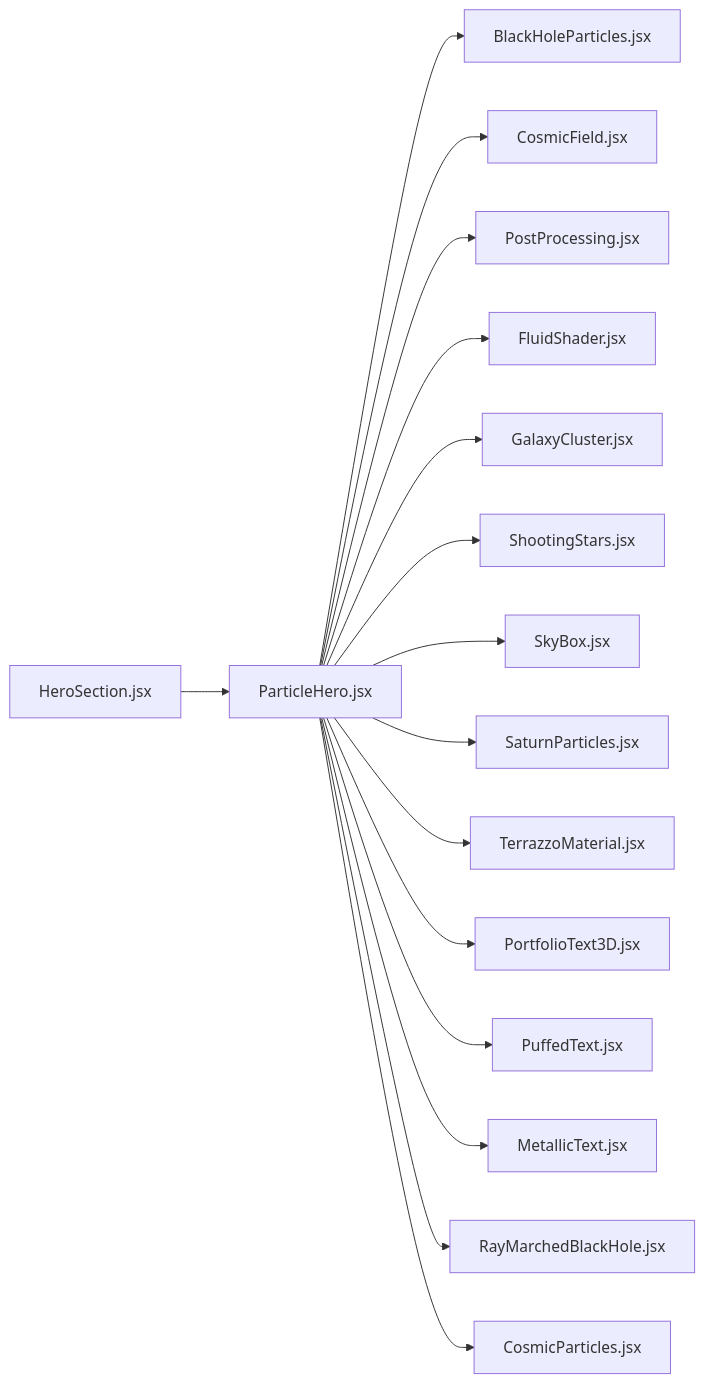
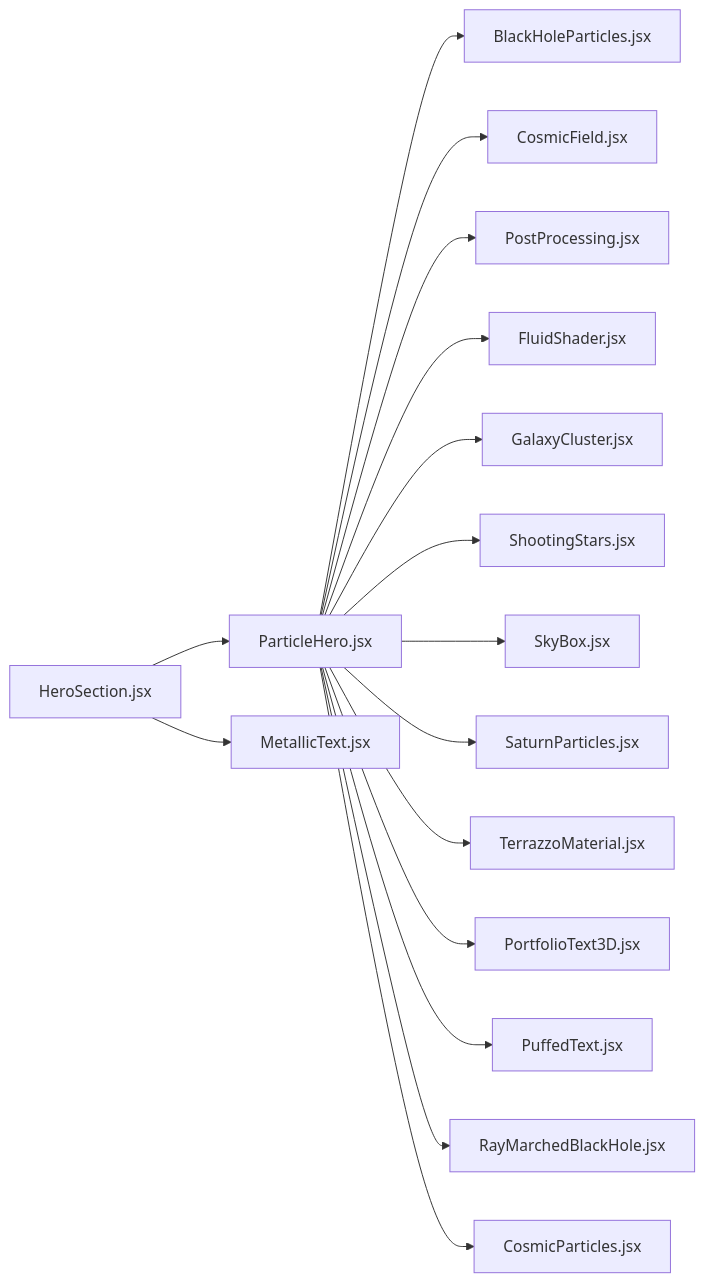
The fourth of 4 diagrams in .qoder/repowiki/zh/content/核心功能模块/英雄区域组件.md (lithos666/lithos666.github.io), drawn with Mermaid before and after one commit. The commit also changed other lines of this file and 30 other files, not shown here.

````diff
--- a/.qoder/repowiki/zh/content/核心功能模块/英雄区域组件.md
+++ b/.qoder/repowiki/zh/content/核心功能模块/英雄区域组件.md
@@ -295,18 +341,18 @@
 ```mermaid
 graph LR
 HS["HeroSection.jsx"] --> PH["ParticleHero.jsx"]
+HS --> MT["MetallicText.jsx"]
 PH --> BH["BlackHoleParticles.jsx"]
 PH --> CF["CosmicField.jsx"]
 PH --> PP["PostProcessing.jsx"]
 PH --> FS["FluidShader.jsx"]
 PH --> GC["GalaxyCluster.jsx"]
 PH --> SS["ShootingStars.jsx"]
 PH --> SB["SkyBox.jsx"]
 PH --> SP["SaturnParticles.jsx"]
 PH --> TM["TerrazzoMaterial.jsx"]
 PH --> PT3D["PortfolioText3D.jsx"]
 PH --> PT["PuffedText.jsx"]
-PH --> MT["MetallicText.jsx"]
 PH --> RBH["RayMarchedBlackHole.jsx"]
 PH --> CP["CosmicParticles.jsx"]
 ```
````
